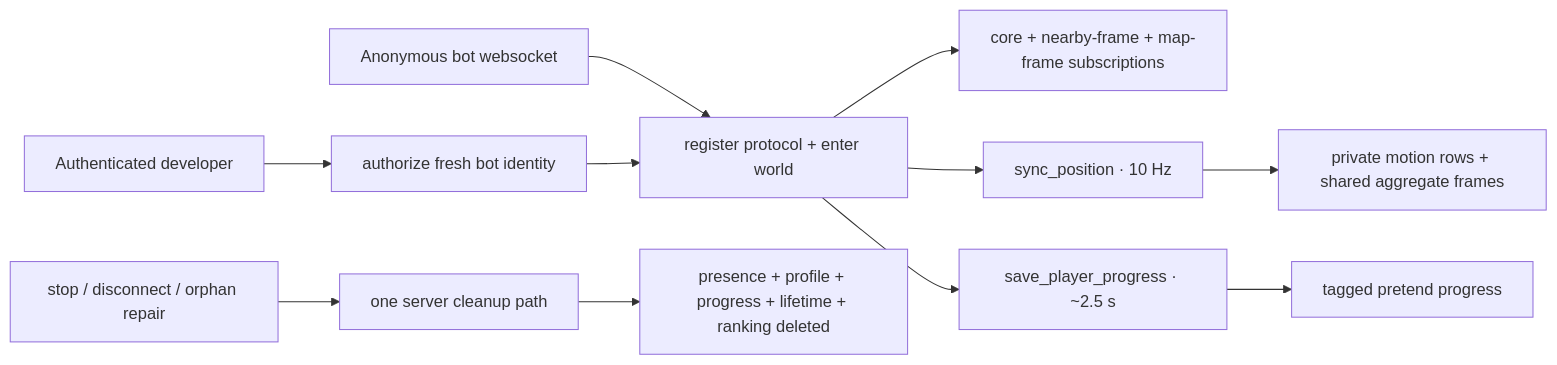
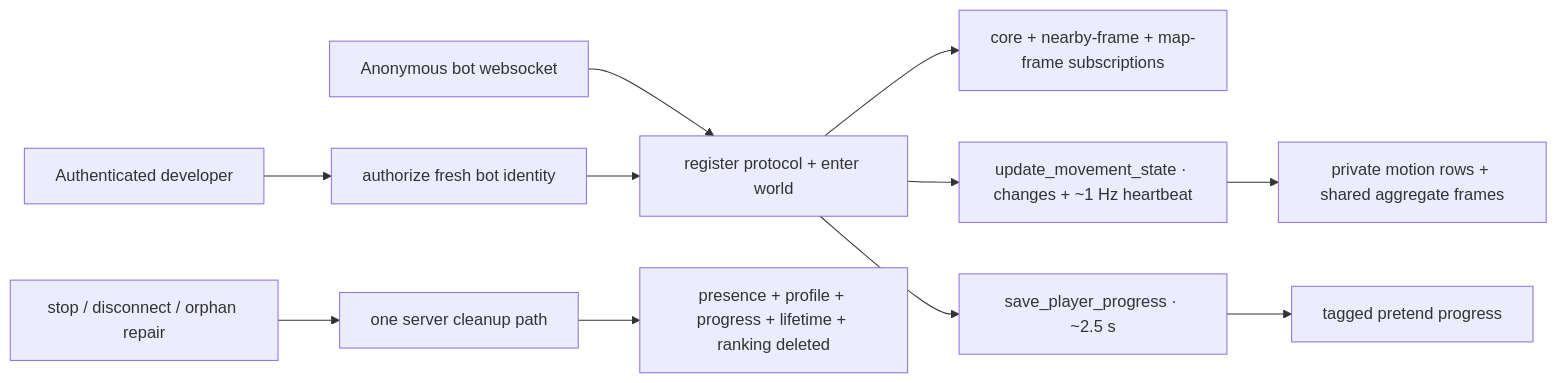
Before and after one commit to Tydoskus/wildwood: the fourth of 4 diagrams in docs/realtime-data-flow.md, drawn with Mermaid. The commit also changed other lines of this file and 37 other files, not shown here.

````diff
--- a/docs/realtime-data-flow.md
+++ b/docs/realtime-data-flow.md
@@ -87,13 +89,13 @@
 ```mermaid
 flowchart LR
   Dev["Authenticated developer"] --> Authorize["authorize fresh bot identity"]
   Browser["Anonymous bot websocket"] --> Protocol["register protocol + enter world"]
   Authorize --> Protocol
   Protocol --> Subs["core + nearby-frame + map-frame subscriptions"]
-  Protocol --> Move["sync_position · 10 Hz"]
+  Protocol --> Move["update_movement_state · changes + ~1 Hz heartbeat"]
   Protocol --> Save["save_player_progress · ~2.5 s"]
   Move --> Hot["private motion rows + shared aggregate frames"]
   Save --> Durable["tagged pretend progress"]
   Stop["stop / disconnect / orphan repair"] --> Cleanup["one server cleanup path"]
   Cleanup --> Erase["presence + profile + progress + lifetime + ranking deleted"]
 ```
````
